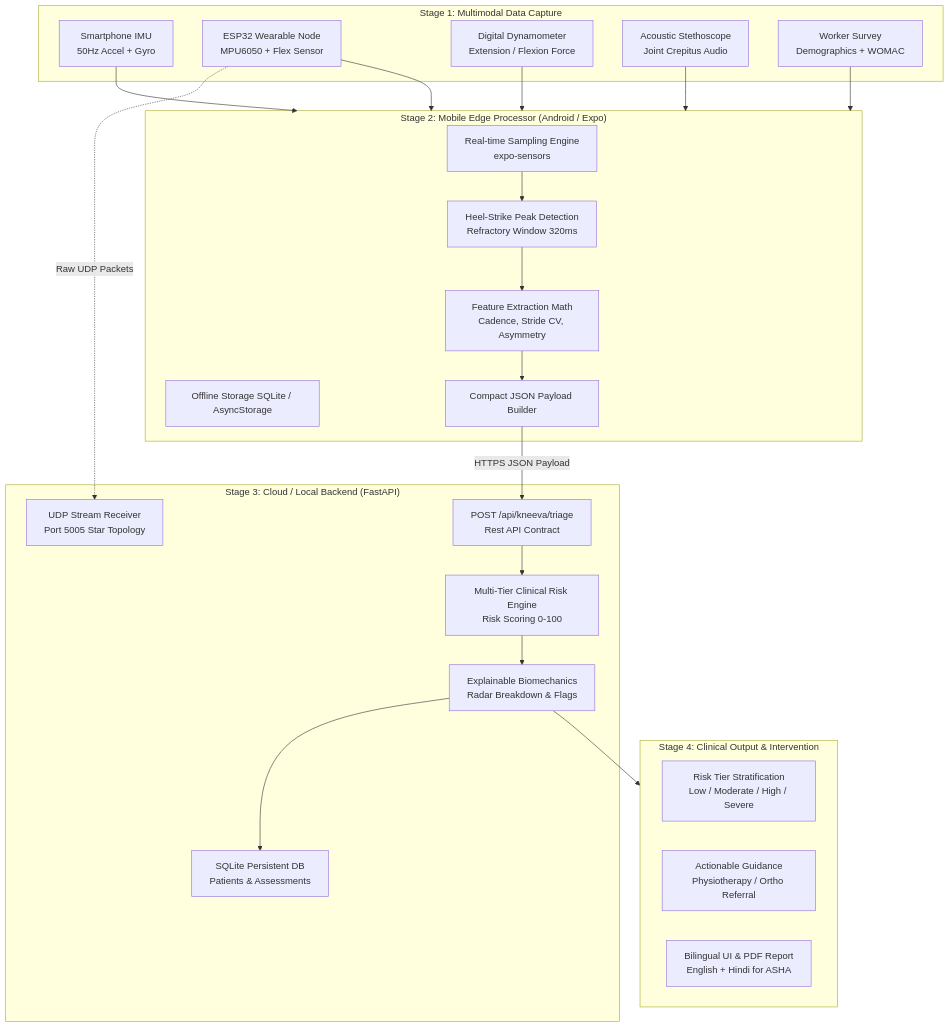
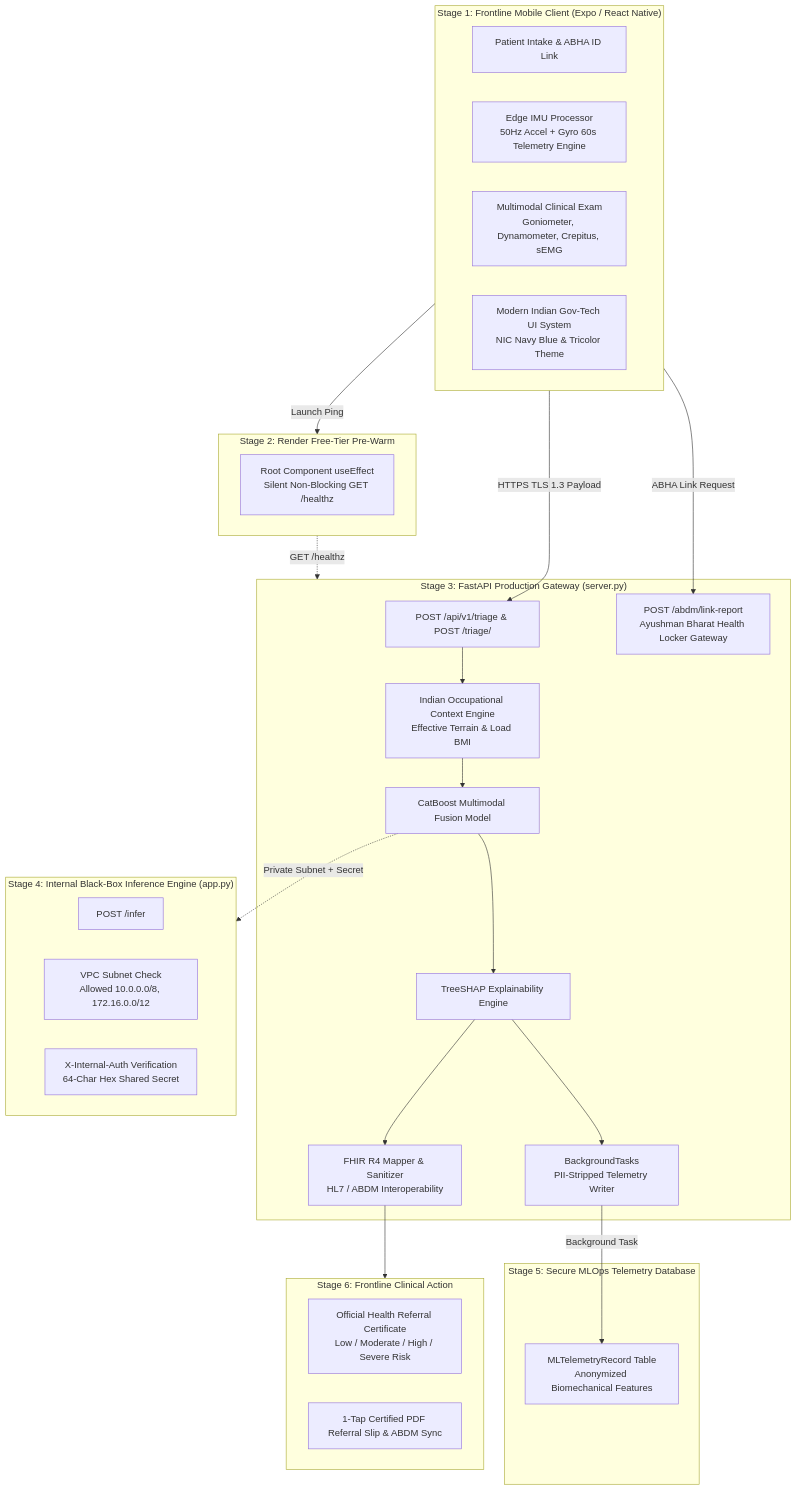
One commit to WrichikPaul42/oa-ner-app changed the diagram in README.md. Above: the diagram before and after it, drawn with Mermaid. The commit also changed other lines of this file and 29 other files, not shown here.

Commit message:
feat: add Kneeva OA triage full-stack application with mobile frontend, Python backend, and sensor firmware

````diff
--- a/README.md
+++ b/README.md
@@ -30,39 +51,47 @@
 ```mermaid
 flowchart TD
-    subgraph Stage1["Stage 1: Multimodal Data Capture"]
-        A1[Smartphone IMU\n50Hz Accel + Gyro]
-        A2[ESP32 Wearable Node\nMPU6050 + Flex Sensor]
-        A3[Digital Dynamometer\nExtension / Flexion Force]
-        A4[Acoustic Stethoscope\nJoint Crepitus Audio]
-        A5[Worker Survey\nDemographics + WOMAC]
+    subgraph Client["Stage 1: Frontline Mobile Client (Expo / React Native)"]
+        A1[Patient Intake & ABHA ID Link]
+        A2[Edge IMU Processor\n50Hz Accel + Gyro 60s Telemetry Engine]
+        A3[Multimodal Clinical Exam\nGoniometer, Dynamometer, Crepitus, sEMG]
+        A4[Modern Indian Gov-Tech UI System\nNIC Navy Blue & Tricolor Theme]
     end
 
-    subgraph Stage2["Stage 2: Mobile Edge Processor (Android / Expo)"]
-        B1[Real-time Sampling Engine\nexpo-sensors]
-        B2[Heel-Strike Peak Detection\nRefractory Window 320ms]
-        B3[Feature Extraction Math\nCadence, Stride CV, Asymmetry]
-        B4[Offline Storage SQLite / AsyncStorage]
-        B5[Compact JSON Payload Builder]
+    subgraph Prewarm["Stage 2: Render Free-Tier Pre-Warm"]
+        B1[Root Component useEffect\nSilent Non-Blocking GET /healthz]
     end
 
-    subgraph Stage3["Stage 3: Cloud / Local Backend (FastAPI)"]
-        C1[POST /api/kneeva/triage\nRest API Contract]
-        C2[UDP Stream Receiver\nPort 5005 Star Topology]
-        C3[Multi-Tier Clinical Risk Engine\nRisk Scoring 0-100]
-        C4[Explainable Biomechanics\nRadar Breakdown & Flags]
-        C5[SQLite Persistent DB\nPatients & Assessments]
+    subgraph Gateway["Stage 3: FastAPI Production Gateway (server.py)"]
+        C1[POST /api/v1/triage & POST /triage/]
+        C2[Indian Occupational Context Engine\nEffective Terrain & Load BMI]
+        C3[CatBoost Multimodal Fusion Model]
+        C4[TreeSHAP Explainability Engine]
+        C5[BackgroundTasks\nPII-Stripped Telemetry Writer]
+        C6[FHIR R4 Mapper & Sanitizer\nHL7 / ABDM Interoperability]
+        C7[POST /abdm/link-report\nAyushman Bharat Health Locker Gateway]
     end
 
-    subgraph Stage4["Stage 4: Clinical Output & Intervention"]
-        D1[Risk Tier Stratification\nLow / Moderate / High / Severe]
-        D2[Actionable Guidance\nPhysiotherapy / Ortho Referral]
-        D3[Bilingual UI & PDF Report\nEnglish + Hindi for ASHA]
+    subgraph BlackBox["Stage 4: Internal Black-Box Inference Engine (app.py)"]
+        D1[POST /infer]
+        D2[VPC Subnet Check\nAllowed 10.0.0.0/8, 172.16.0.0/12]
+        D3[X-Internal-Auth Verification\n64-Char Hex Shared Secret]
     end
 
-    A1 & A2 & A3 & A4 & A5 --> Stage2
-    B1 --> B2 --> B3 --> B5
-    B5 -->|HTTPS JSON Payload| C1
-    A2 -.->|Raw UDP Packets| C2
-    C1 --> C3 --> C4 --> C5
-    C4 --> Stage4
+    subgraph Database["Stage 5: Secure MLOps Telemetry Database"]
+        E1[MLTelemetryRecord Table\nAnonymized Biomechanical Features]
+    end
+
+    subgraph Output["Stage 6: Frontline Clinical Action"]
+        F1[Official Health Referral Certificate\nLow / Moderate / High / Severe Risk]
+        F2[1-Tap Certified PDF Referral Slip & ABDM Sync]
+    end
+
+    Client -->|Launch Ping| Prewarm
+    Prewarm -.->|GET /healthz| Gateway
+    Client -->|HTTPS TLS 1.3 Payload| C1
+    C1 --> C2 --> C3 --> C4
+    C3 -.->|Private Subnet + Secret| BlackBox
+    C4 --> C5 -->|Background Task| E1
+    C4 --> C6 --> Output
+    Client -->|ABHA Link Request| C7
 ```
````
